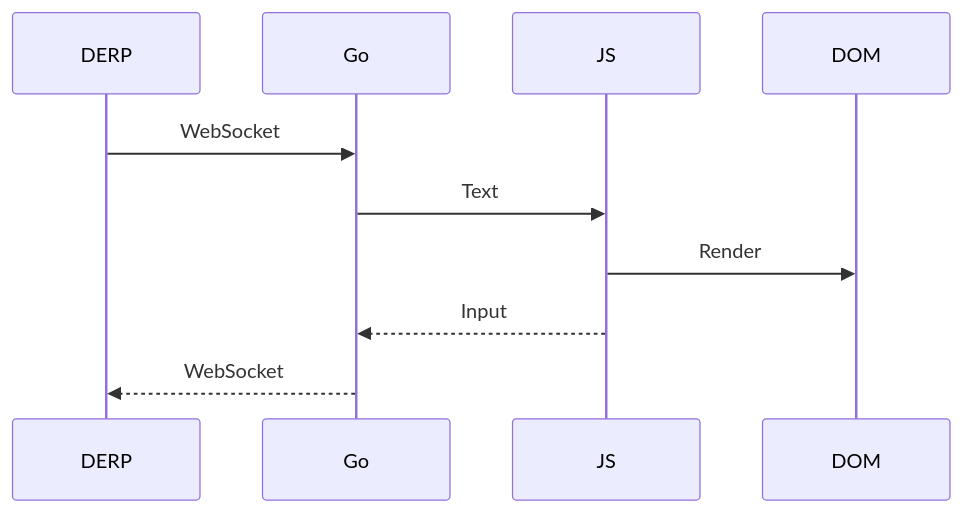
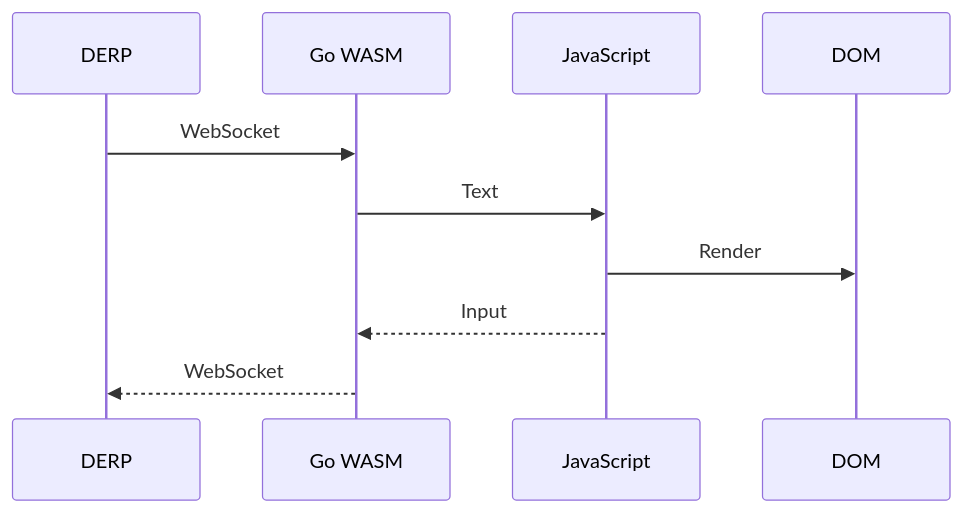
One commit to rickli-cloud/headscale-console changed the second of 5 diagrams in README.md. Above: the diagram before and after it, drawn with Mermaid. The commit also changed other lines of this file and 1 other file, not shown here.

````diff
--- a/README.md
+++ b/README.md
@@ -151,9 +191,14 @@
 ```mermaid
 sequenceDiagram
-    DERP ->> Go: WebSocket
-    Go ->> JS: Text
-    JS ->> DOM: Render
+    Participant derp as DERP
+    Participant go as Go WASM
+    Participant js as JavaScript
+    Participant dom as DOM
 
-    JS -->> Go: Input
-    Go -->> DERP: WebSocket
+    derp ->> go: WebSocket
+    go ->> js: Text
+    js ->> dom: Render
+
+    js -->> go: Input
+    go -->> derp: WebSocket
 ```
````
